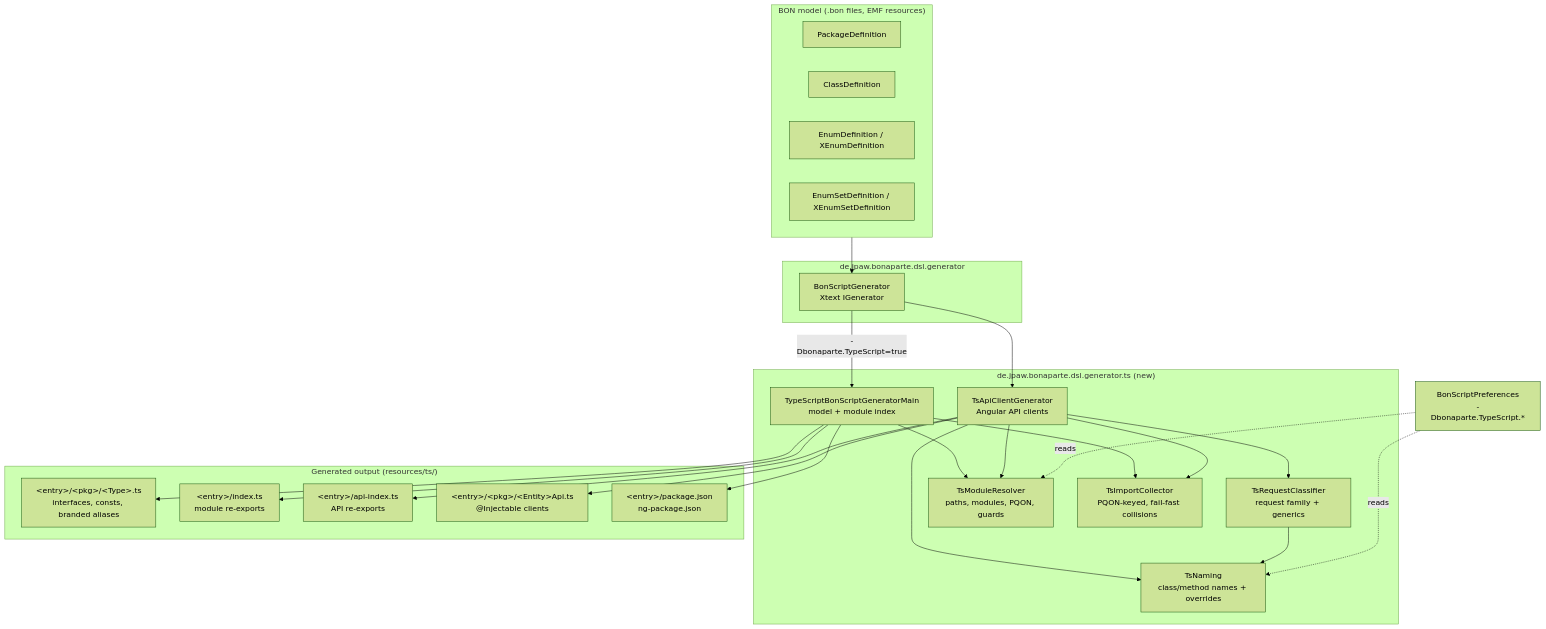
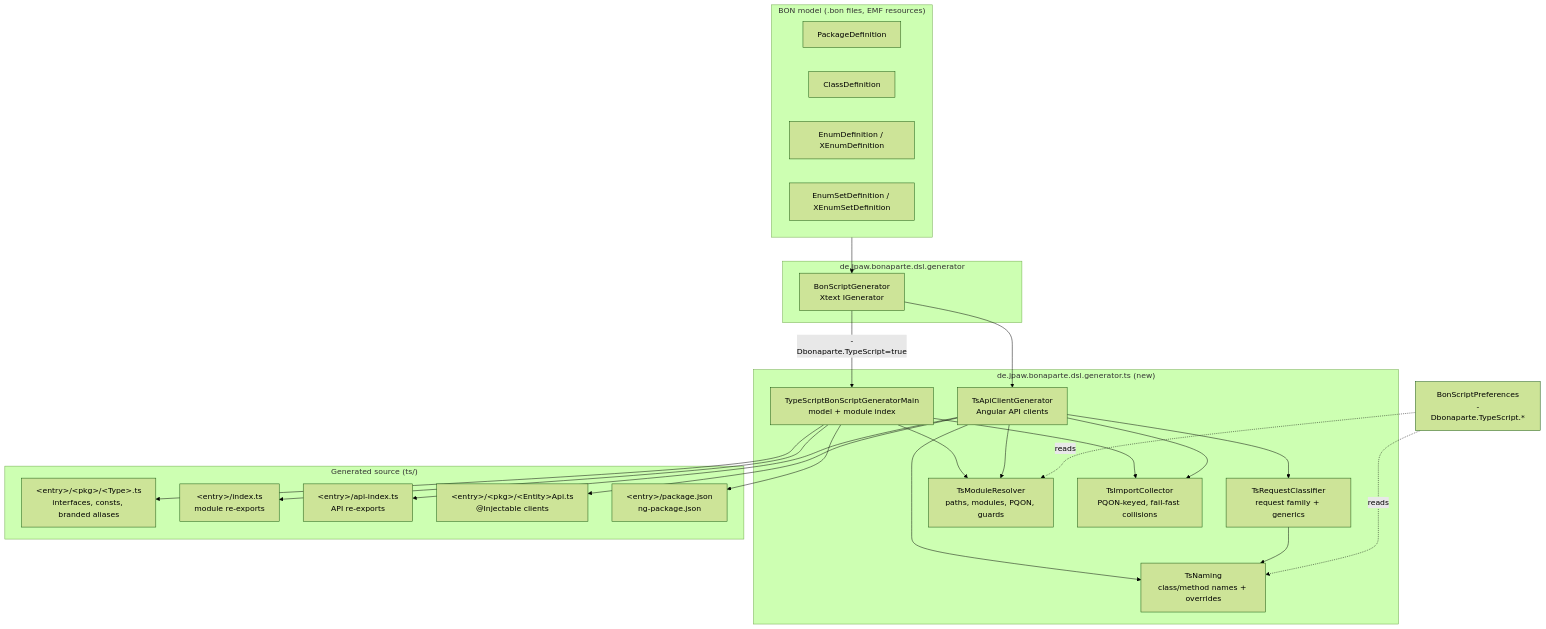
Before and after one commit to jpaw/bonaparte-dsl: the diagram in docs/feature-DSL-9998-typescript-generator/diagrams/architecture.mmd, drawn with Mermaid (forest theme). The commit also changed 8 other files, not shown here.

```diff
--- a/docs/feature-DSL-9998-typescript-generator/diagrams/architecture.mmd
+++ b/docs/feature-DSL-9998-typescript-generator/diagrams/architecture.mmd
@@ -1,48 +1,48 @@
 flowchart TB
     subgraph BON["BON model (.bon files, EMF resources)"]
         PKG[PackageDefinition]
         CLS[ClassDefinition]
         ENUM[EnumDefinition / XEnumDefinition]
         ESET[EnumSetDefinition / XEnumSetDefinition]
     end
 
     subgraph GEN["de.jpaw.bonaparte.dsl.generator"]
         BSG[BonScriptGenerator<br/>Xtext IGenerator]
     end
 
     subgraph TS["de.jpaw.bonaparte.dsl.generator.ts (new)"]
         MAIN[TypeScriptBonScriptGeneratorMain<br/>model + module index]
         API[TsApiClientGenerator<br/>Angular API clients]
         CLF[TsRequestClassifier<br/>request family + generics]
         NAM[TsNaming<br/>class/method names + overrides]
         RES[TsModuleResolver<br/>paths, modules, PQON, guards]
         COL[TsImportCollector<br/>PQON-keyed, fail-fast collisions]
     end
 
-    subgraph OUT["Generated output (resources/ts/)"]
+    subgraph OUT["Generated source (ts/)"]
         MODEL["&lt;entry&gt;/&lt;pkg&gt;/&lt;Type&gt;.ts<br/>interfaces, consts, branded aliases"]
         IDX["&lt;entry&gt;/index.ts<br/>module re-exports"]
         APIIDX["&lt;entry&gt;/api-index.ts<br/>API re-exports"]
         APICLASS["&lt;entry&gt;/&lt;pkg&gt;/&lt;Entity&gt;Api.ts<br/>@Injectable clients"]
         PKGJSON["&lt;entry&gt;/package.json<br/>ng-package.json"]
     end
 
     PREF[BonScriptPreferences<br/>-Dbonaparte.TypeScript.*]
 
     BSG -- "-Dbonaparte.TypeScript=true" --> MAIN
     BSG --> API
     MAIN --> COL
     MAIN --> RES
     API --> CLF
     API --> NAM
     API --> COL
     API --> RES
     CLF --> NAM
     PREF -. reads .-> RES
     PREF -. reads .-> NAM
     BON --> BSG
     MAIN --> MODEL
     MAIN --> IDX
     MAIN --> PKGJSON
     API --> APICLASS
     API --> APIIDX
```
